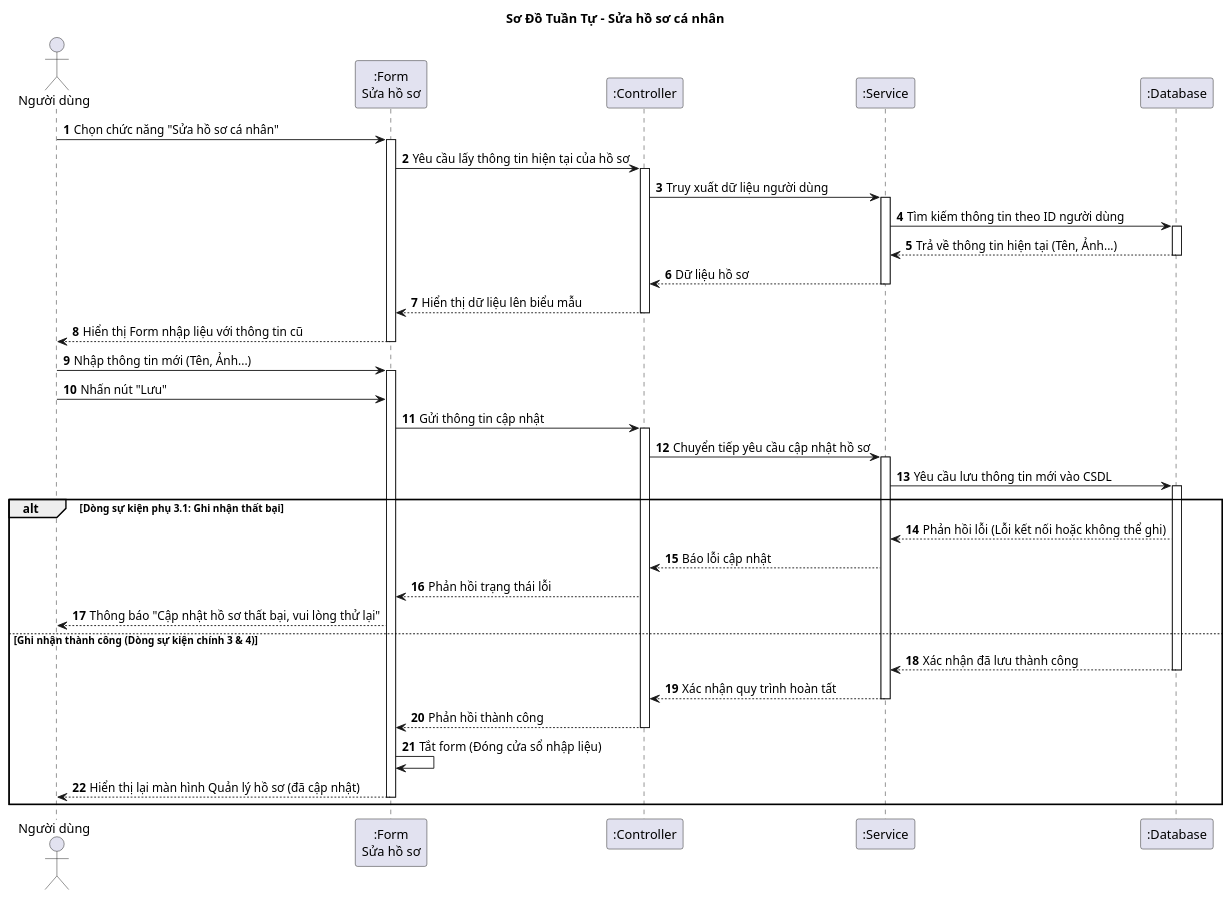
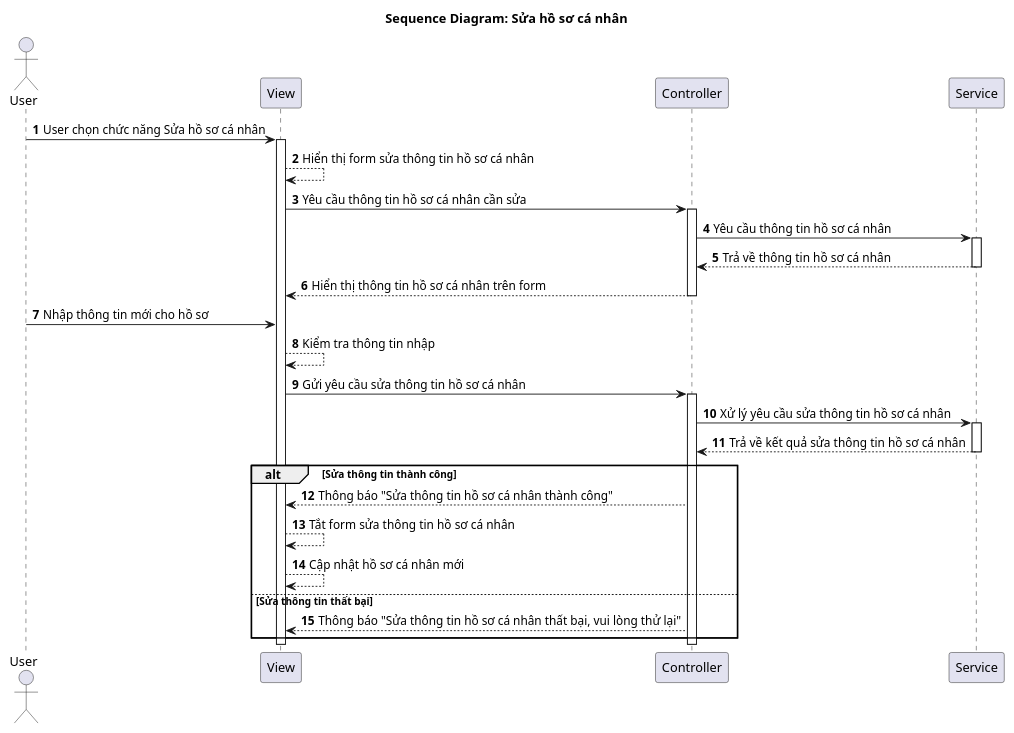
Before and after one commit to vinh047/soundwave: the diagram in Diagrams/SequenceDiagram/EditProfileSD.plantuml, drawn with PlantUML. The commit also changed 27 other files, not shown here.

Commit message:
Sửa đặc tả UC (Chia sẻ lên platform thôi,...), đơn giản hoá Sequence, sửa CD và thêm mô tả CD

```diff
--- a/Diagrams/SequenceDiagram/EditProfileSD.plantuml
+++ b/Diagrams/SequenceDiagram/EditProfileSD.plantuml
@@ -1,72 +1,41 @@
-@startuml Sequence Diagram - Sửa Hồ Sơ (Thông điệp)
+@startuml SD
 
-title Sơ Đồ Tuần Tự - Sửa hồ sơ cá nhân
+actor "User" as User
+participant "View" as View
+participant "Controller" as Controller
+participant "Service" as Service
 
-actor "Người dùng" as User
-participant ":Form\nSửa hồ sơ" as UI_Form
-participant ":Controller" as Controller
-participant ":Service" as Service
-participant ":Database" as DB
+title Sequence Diagram: Sửa hồ sơ cá nhân
 
 autonumber
 
-' === BƯỚC 1: HIỂN THỊ FORM (Dòng sự kiện chính 1) ===
-User -> UI_Form: Chọn chức năng "Sửa hồ sơ cá nhân"
-activate UI_Form
-
-' (Hệ thống cần lấy thông tin cũ để hiện lên form cho người dùng sửa)
-UI_Form -> Controller: Yêu cầu lấy thông tin hiện tại của hồ sơ
+User -> View: User chọn chức năng Sửa hồ sơ cá nhân
+activate View
+View --> View: Hiển thị form sửa thông tin hồ sơ cá nhân
+View -> Controller: Yêu cầu thông tin hồ sơ cá nhân cần sửa
 activate Controller
-Controller -> Service: Truy xuất dữ liệu người dùng
+Controller -> Service: Yêu cầu thông tin hồ sơ cá nhân
 activate Service
-Service -> DB: Tìm kiếm thông tin theo ID người dùng
-activate DB
-DB --> Service: Trả về thông tin hiện tại (Tên, Ảnh...)
-deactivate DB
-Service --> Controller: Dữ liệu hồ sơ
+Service --> Controller: Trả về thông tin hồ sơ cá nhân
 deactivate Service
-Controller --> UI_Form: Hiển thị dữ liệu lên biểu mẫu
+Controller --> View: Hiển thị thông tin hồ sơ cá nhân trên form
 deactivate Controller
 
-UI_Form --> User: Hiển thị Form nhập liệu với thông tin cũ
-deactivate UI_Form
-
-' === BƯỚC 2: NGƯỜI DÙNG NHẬP LIỆU (Dòng sự kiện chính 2) ===
-User -> UI_Form: Nhập thông tin mới (Tên, Ảnh...)
-activate UI_Form
-User -> UI_Form: Nhấn nút "Lưu"
-
-UI_Form -> Controller: Gửi thông tin cập nhật
+User -> View: Nhập thông tin mới cho hồ sơ
+View --> View: Kiểm tra thông tin nhập
+View -> Controller: Gửi yêu cầu sửa thông tin hồ sơ cá nhân
 activate Controller
-Controller -> Service: Chuyển tiếp yêu cầu cập nhật hồ sơ
+Controller -> Service: Xử lý yêu cầu sửa thông tin hồ sơ cá nhân
 activate Service
-
-' === BƯỚC 3: GHI NHẬN VÀO CSDL (Dòng sự kiện chính 3) ===
-Service -> DB: Yêu cầu lưu thông tin mới vào CSDL
-activate DB
-
-alt Dòng sự kiện phụ 3.1: Ghi nhận thất bại
-    DB --> Service: Phản hồi lỗi (Lỗi kết nối hoặc không thể ghi)
-    Service --> Controller: Báo lỗi cập nhật
-    Controller --> UI_Form: Phản hồi trạng thái lỗi
-    
-    UI_Form --> User: Thông báo "Cập nhật hồ sơ thất bại, vui lòng thử lại"
-
-else Ghi nhận thành công (Dòng sự kiện chính 3 & 4)
-    DB --> Service: Xác nhận đã lưu thành công
-    deactivate DB
-    
-    Service --> Controller: Xác nhận quy trình hoàn tất
-    deactivate Service
-    
-    Controller --> UI_Form: Phản hồi thành công
-    deactivate Controller
-    
-    ' === BƯỚC 4: TẮT FORM (Dòng sự kiện chính 4) ===
-    UI_Form -> UI_Form: Tắt form (Đóng cửa sổ nhập liệu)
-    
-    UI_Form --> User: Hiển thị lại màn hình Quản lý hồ sơ (đã cập nhật)
-    deactivate UI_Form
+Service --> Controller: Trả về kết quả sửa thông tin hồ sơ cá nhân
+deactivate Service
+alt Sửa thông tin thành công
+    Controller --> View: Thông báo "Sửa thông tin hồ sơ cá nhân thành công"
+    View --> View: Tắt form sửa thông tin hồ sơ cá nhân
+    View --> View: Cập nhật hồ sơ cá nhân mới
+else Sửa thông tin thất bại
+    Controller --> View: Thông báo "Sửa thông tin hồ sơ cá nhân thất bại, vui lòng thử lại"
 end
-
+deactivate Controller
+deactivate View
 @enduml
```
